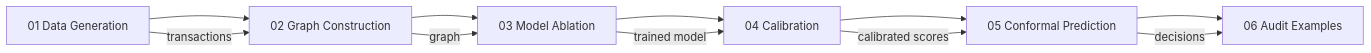
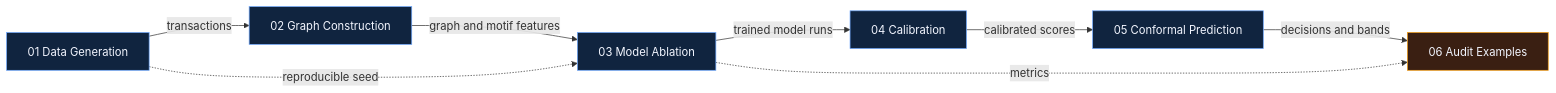
Before and after one commit to AngelP17/Rift: the diagram in docs/notebooks.md, drawn with Mermaid. The commit also changed 8 other files, not shown here.

````diff
--- a/docs/notebooks.md
+++ b/docs/notebooks.md
@@ -20,14 +20,16 @@
 ```mermaid
 flowchart LR
-    NB1[01 Data Generation] --> NB2[02 Graph Construction]
-    NB2 --> NB3[03 Model Ablation]
-    NB3 --> NB4[04 Calibration]
-    NB4 --> NB5[05 Conformal Prediction]
-    NB5 --> NB6[06 Audit Examples]
+    NB1["01 Data Generation"] -->|"transactions"| NB2["02 Graph Construction"]
+    NB2 -->|"graph and motif features"| NB3["03 Model Ablation"]
+    NB3 -->|"trained model runs"| NB4["04 Calibration"]
+    NB4 -->|"calibrated scores"| NB5["05 Conformal Prediction"]
+    NB5 -->|"decisions and bands"| NB6["06 Audit Examples"]
 
-    NB1 -->|transactions| NB2
-    NB2 -->|graph| NB3
-    NB3 -->|trained model| NB4
-    NB4 -->|calibrated scores| NB5
-    NB5 -->|decisions| NB6
+    NB1 -. "reproducible seed" .-> NB3
+    NB3 -. "metrics" .-> NB6
+
+    classDef notebook fill:#10243f,stroke:#6ea8fe,color:#f3f6ff
+    classDef audit fill:#3a1f12,stroke:#f39c12,color:#f3f6ff
+    class NB1,NB2,NB3,NB4,NB5 notebook
+    class NB6 audit
 ```
````
